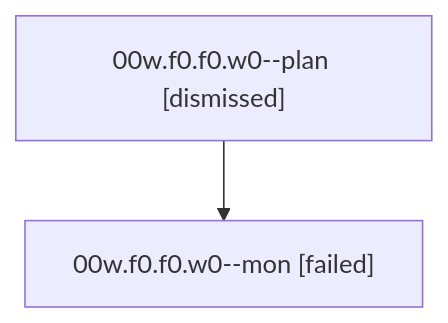
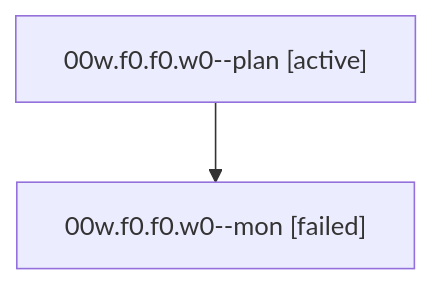
One commit to bobs-org/bob-cli--agents changed the diagram in families/bbugyi200.athena.00w.f0.f0.w0.md. Above: the diagram before and after it, drawn with Mermaid. The commit also changed other lines of this file and 1279 other files, not shown here.

````diff
--- a/families/bbugyi200.athena.00w.f0.f0.w0.md
+++ b/families/bbugyi200.athena.00w.f0.f0.w0.md
@@ -9,6 +9,6 @@
 ```mermaid
 flowchart TD
-  n0["00w.f0.f0.w0--plan [dismissed]"]
+  n0["00w.f0.f0.w0--plan [active]"]
   n1["00w.f0.f0.w0--mon [failed]"]
   n0 --> n1
 ```
````
